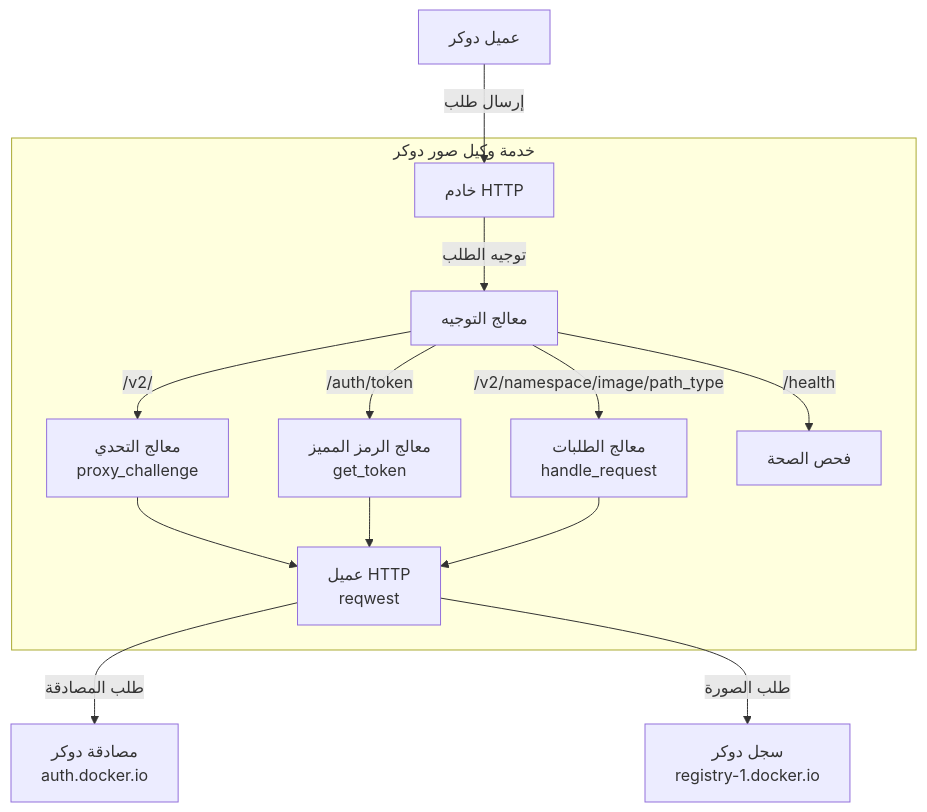
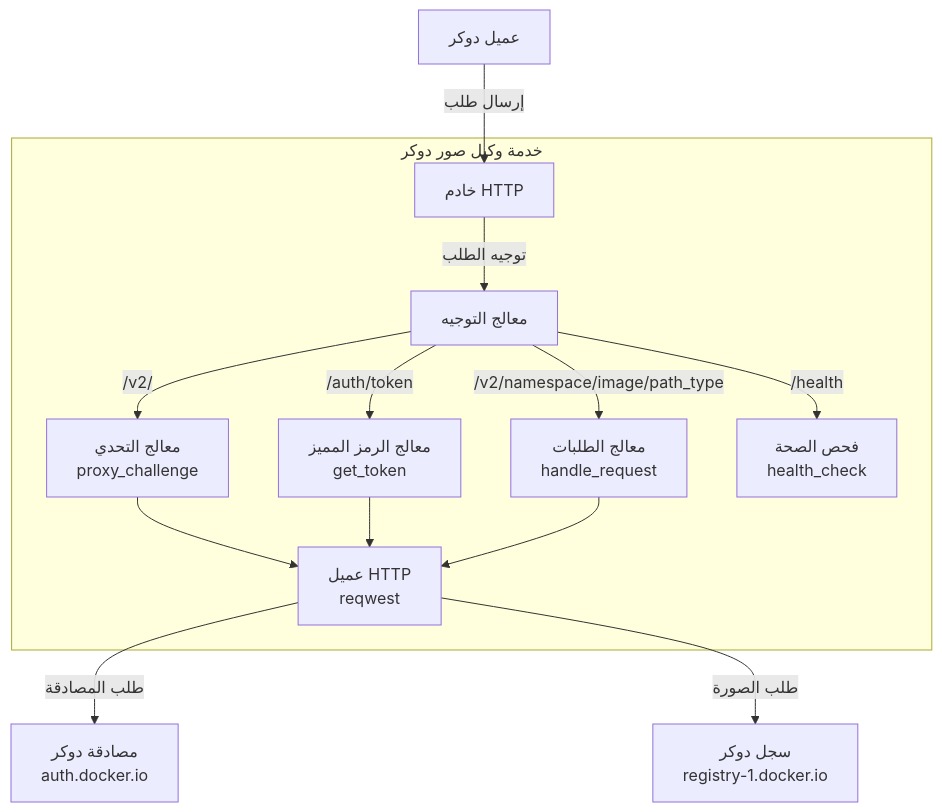
Before and after one commit to harrisonwang/docxy: the first of 3 diagrams in README_AR.md, drawn with Mermaid. The commit also changed other lines of this file and 7 other files, not shown here.

````diff
--- a/README_AR.md
+++ b/README_AR.md
@@ -64,23 +64,23 @@
 ```mermaid
 graph TD
     Client[عميل دوكر] -->|إرسال طلب| HttpServer[خادم HTTP]
     
     subgraph "خدمة وكيل صور دوكر"
         HttpServer -->|توجيه الطلب| RouterHandler[معالج التوجيه]
         
         RouterHandler -->|/v2/| ChallengeHandler[معالج التحدي<br>proxy_challenge]
         RouterHandler -->|/auth/token| TokenHandler[معالج الرمز المميز<br>get_token]
         RouterHandler -->|/v2/namespace/image/path_type| RequestHandler[معالج الطلبات<br>handle_request]
-        RouterHandler -->|/health| HealthCheck[فحص الصحة]
+        RouterHandler -->|/health| HealthCheck[فحص الصحة<br>health_check]
         
         ChallengeHandler --> HttpClient
         TokenHandler --> HttpClient
         RequestHandler --> HttpClient
         
     end
     
     HttpClient[عميل HTTP<br>reqwest]
     
     HttpClient -->|طلب المصادقة| DockerAuth[مصادقة دوكر<br>auth.docker.io]
     HttpClient -->|طلب الصورة| DockerRegistry[سجل دوكر<br>registry-1.docker.io]
 ```
````
